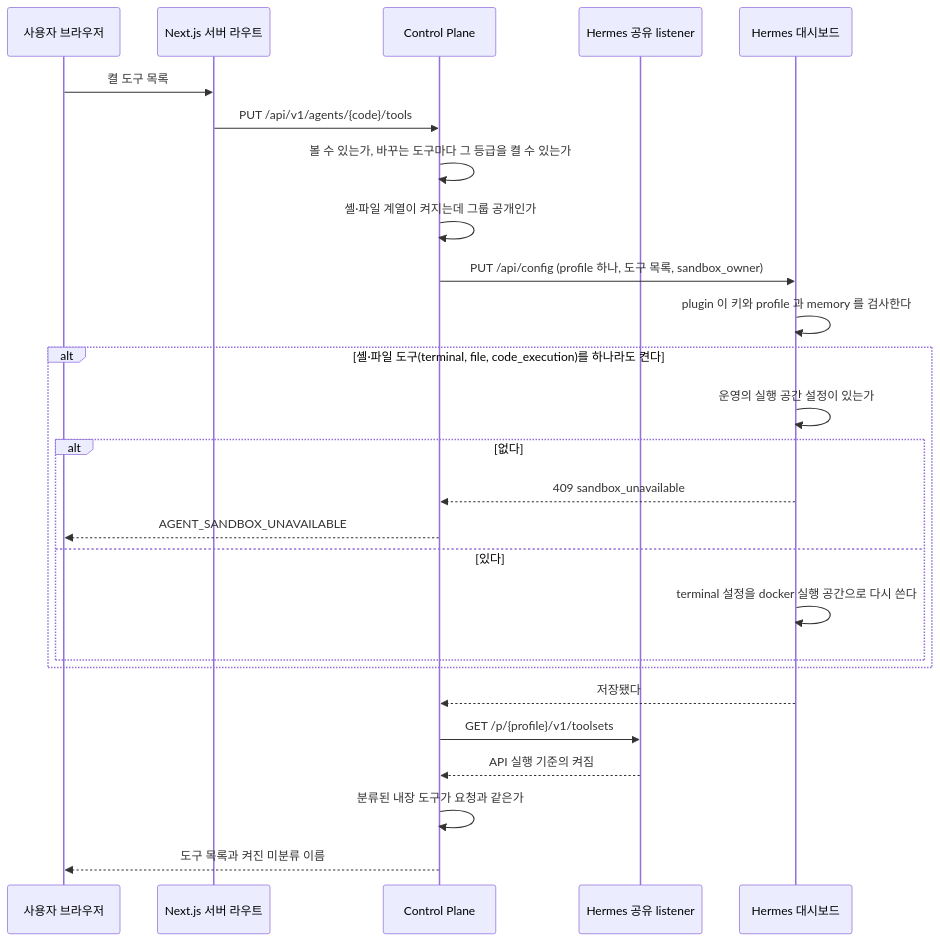
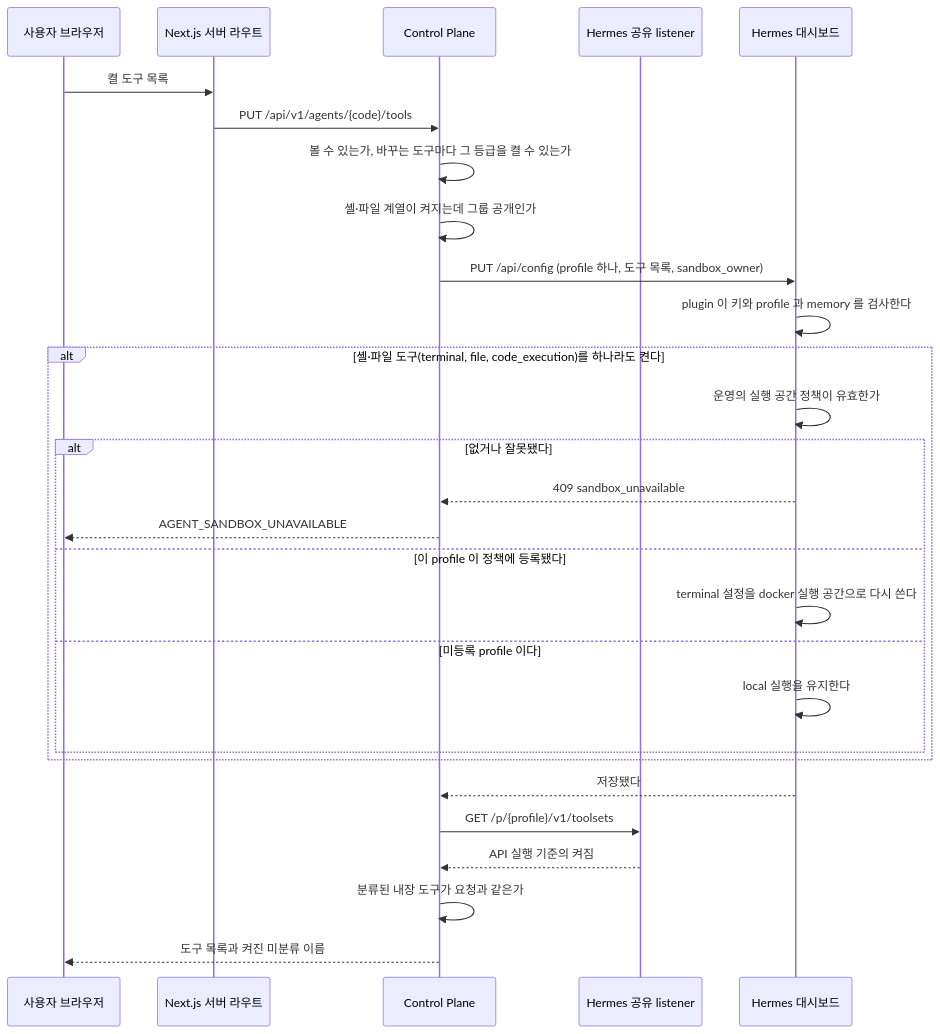
One commit to jon890/fos-assistant changed the second of 2 diagrams in docs/backend/agent.md. Above: the diagram before and after it, drawn with Mermaid. The commit also changed other lines of this file and 10 other files, not shown here.

````diff
--- a/docs/backend/agent.md
+++ b/docs/backend/agent.md
@@ -202,29 +202,31 @@
 ```mermaid
 sequenceDiagram
     participant U as 사용자 브라우저
     participant W as Next.js 서버 라우트
     participant C as Control Plane
     participant L as Hermes 공유 listener
     participant D as Hermes 대시보드
 
     U->>W: 켤 도구 목록
     W->>C: PUT /api/v1/agents/{code}/tools
     C->>C: 볼 수 있는가, 바꾸는 도구마다 그 등급을 켤 수 있는가
     C->>C: 셸·파일 계열이 켜지는데 그룹 공개인가
     C->>D: PUT /api/config (profile 하나, 도구 목록, sandbox_owner)
     D->>D: plugin 이 키와 profile 과 memory 를 검사한다
     alt 셸·파일 도구(terminal, file, code_execution)를 하나라도 켠다
-        D->>D: 운영의 실행 공간 설정이 있는가
-        alt 없다
+        D->>D: 운영의 실행 공간 정책이 유효한가
+        alt 없거나 잘못됐다
             D-->>C: 409 sandbox_unavailable
             C-->>U: AGENT_SANDBOX_UNAVAILABLE
-        else 있다
+        else 이 profile 이 정책에 등록됐다
             D->>D: terminal 설정을 docker 실행 공간으로 다시 쓴다
+        else 미등록 profile 이다
+            D->>D: local 실행을 유지한다
         end
     end
     D-->>C: 저장됐다
     C->>L: GET /p/{profile}/v1/toolsets
     L-->>C: API 실행 기준의 켜짐
     C->>C: 분류된 내장 도구가 요청과 같은가
     C-->>U: 도구 목록과 켜진 미분류 이름
 ```
````
